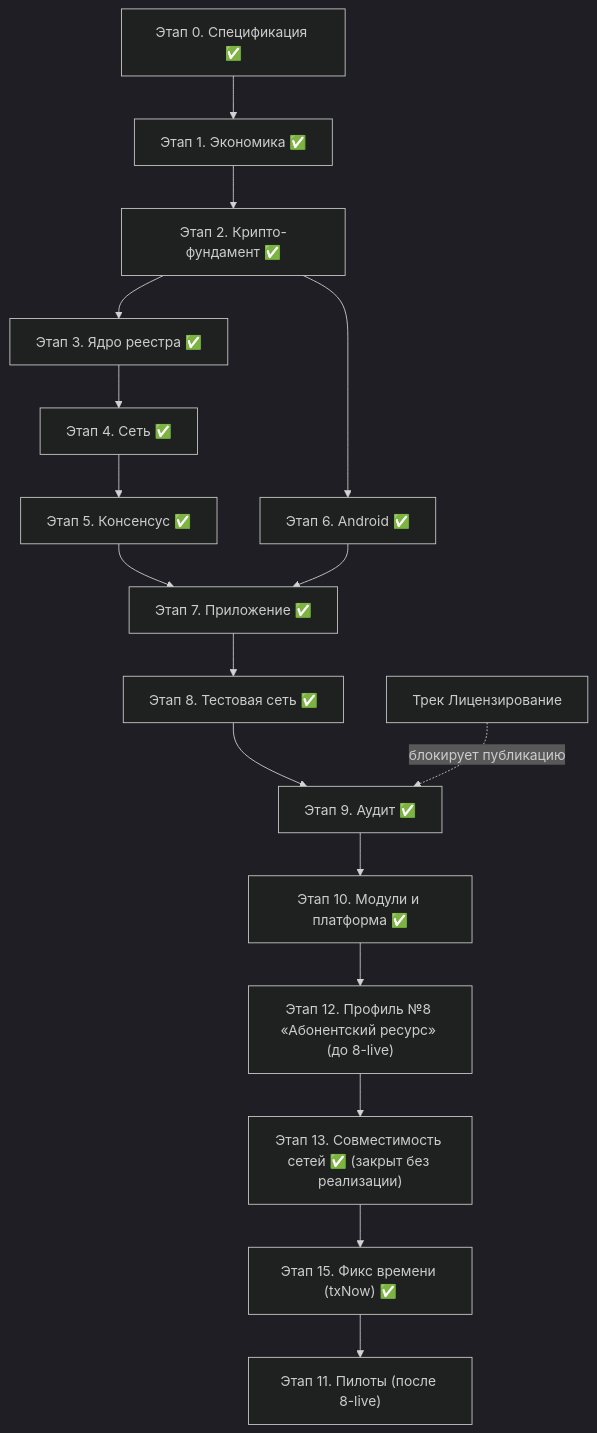
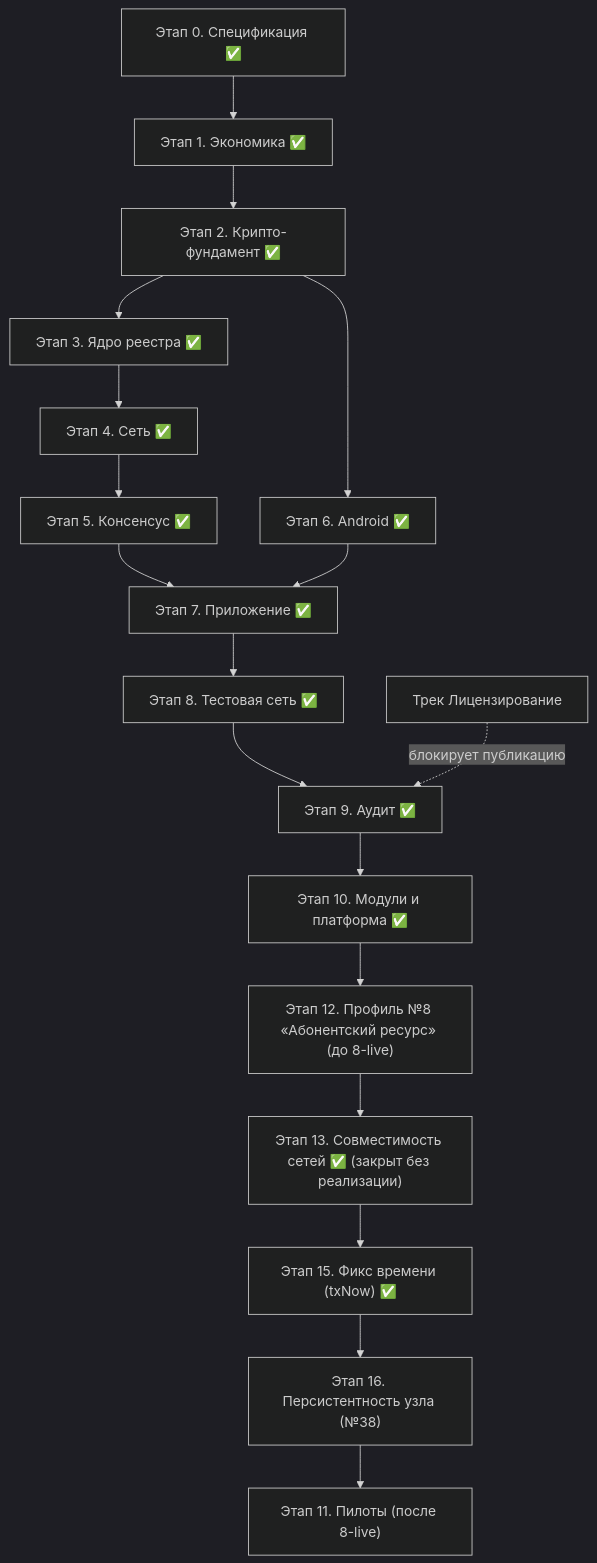
Before and after one commit to rumatakira74/equality-trust-networks: the diagram in docs/development-plan.md, drawn with Mermaid (dark theme). The commit also changed other lines of this file and 1 other file, not shown here.

Commit message:
docs: промпт этапа 16 (персистентность узла приложения, №38) + план: секция этапа 16, mermaid S16

````diff
--- a/docs/development-plan.md
+++ b/docs/development-plan.md
@@ -298,19 +313,20 @@
 ```mermaid
 flowchart TD
     S0["Этап 0. Спецификация ✅"] --> S1["Этап 1. Экономика ✅"]
     S1 --> S2["Этап 2. Крипто-фундамент ✅"]
     S2 --> S3["Этап 3. Ядро реестра ✅"]
     S3 --> S4["Этап 4. Сеть ✅"]
     S4 --> S5["Этап 5. Консенсус ✅"]
     S2 --> S6["Этап 6. Android ✅"]
     S5 --> S7["Этап 7. Приложение ✅"]
     S6 --> S7
     S7 --> S8["Этап 8. Тестовая сеть ✅"]
     S8 --> S9["Этап 9. Аудит ✅"]
     S9 --> S10["Этап 10. Модули и платформа ✅"]
     S10 --> S12["Этап 12. Профиль №8 «Абонентский ресурс» (до 8-live)"]
     S12 --> S13["Этап 13. Совместимость сетей ✅ (закрыт без реализации)"]
     S13 --> S15["Этап 15. Фикс времени (txNow) ✅"]
-    S15 --> S11["Этап 11. Пилоты (после 8-live)"]
+    S15 --> S16["Этап 16. Персистентность узла (№38)"]
+    S16 --> S11["Этап 11. Пилоты (после 8-live)"]
     L["Трек Лицензирование"] -. "блокирует публикацию" .-> S9
 ```
````
